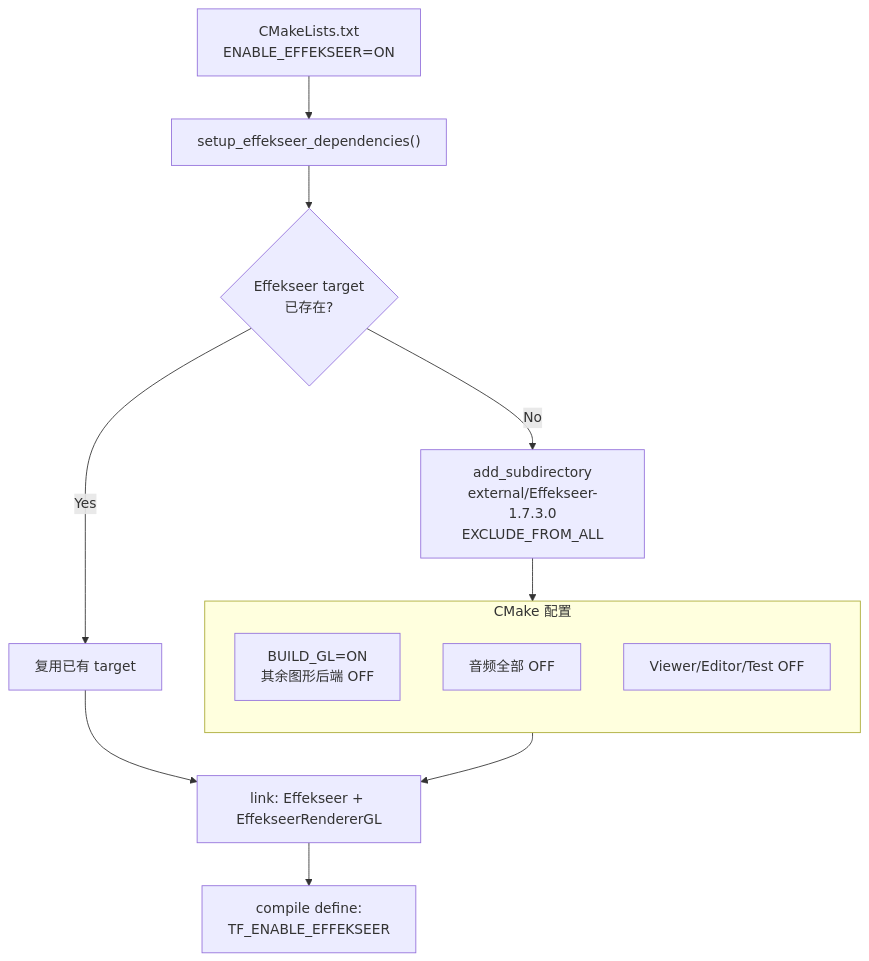
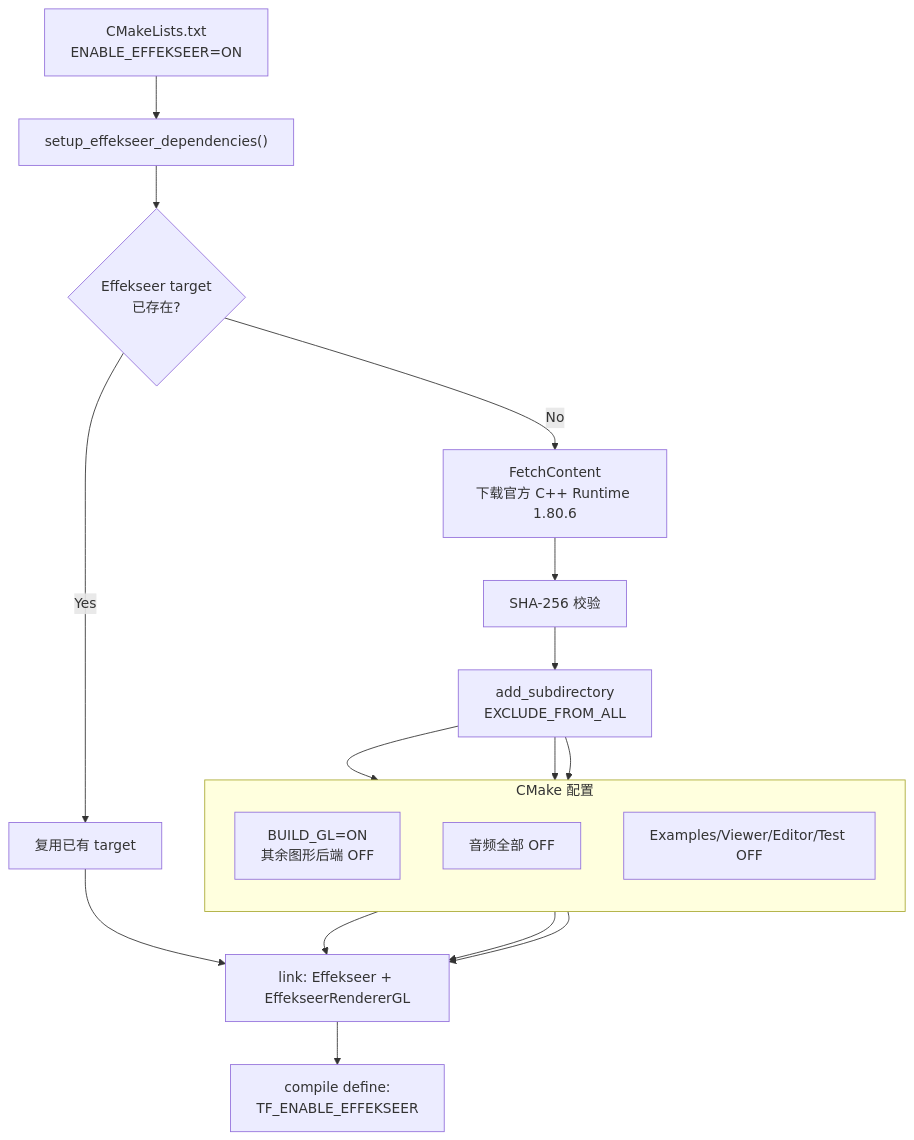
Diagram 13 of 13 in docs/engine/vfx_and_effekseer.md (WispSnow/TinyFarmRPG), drawn with Mermaid before and after one commit. The commit also changed other lines of this file and 5 other files, not shown here.

````diff
--- a/docs/engine/vfx_and_effekseer.md
+++ b/docs/engine/vfx_and_effekseer.md
@@ -531,19 +531,25 @@
 ```mermaid
 flowchart TD
     A["CMakeLists.txt<br/>ENABLE_EFFEKSEER=ON"] --> B["setup_effekseer_dependencies()"]
     B --> C{"Effekseer target<br/>已存在?"}
     C -- Yes --> D["复用已有 target"]
-    C -- No --> E["add_subdirectory<br/>external/Effekseer-1.7.3.0<br/>EXCLUDE_FROM_ALL"]
-    E --> F["配置选项"]
+    C -- No --> E["FetchContent<br/>下载官方 C++ Runtime 1.80.6"]
+    E --> V["SHA-256 校验"]
+    V --> F["add_subdirectory<br/>EXCLUDE_FROM_ALL"]
 
-    subgraph F["CMake 配置"]
+    subgraph O["CMake 配置"]
         direction TB
-        F1["BUILD_GL=ON<br/>其余图形后端 OFF"]
-        F2["音频全部 OFF"]
-        F3["Viewer/Editor/Test OFF"]
+        O1["BUILD_GL=ON<br/>其余图形后端 OFF"]
+        O2["音频全部 OFF"]
+        O3["Examples/Viewer/Editor/Test OFF"]
     end
 
-    F --> G["link: Effekseer + EffekseerRendererGL"]
+    F --> O1
+    F --> O2
+    F --> O3
+    O1 --> G["link: Effekseer + EffekseerRendererGL"]
+    O2 --> G
+    O3 --> G
     D --> G
     G --> H["compile define:<br/>TF_ENABLE_EFFEKSEER"]
 ```
````
